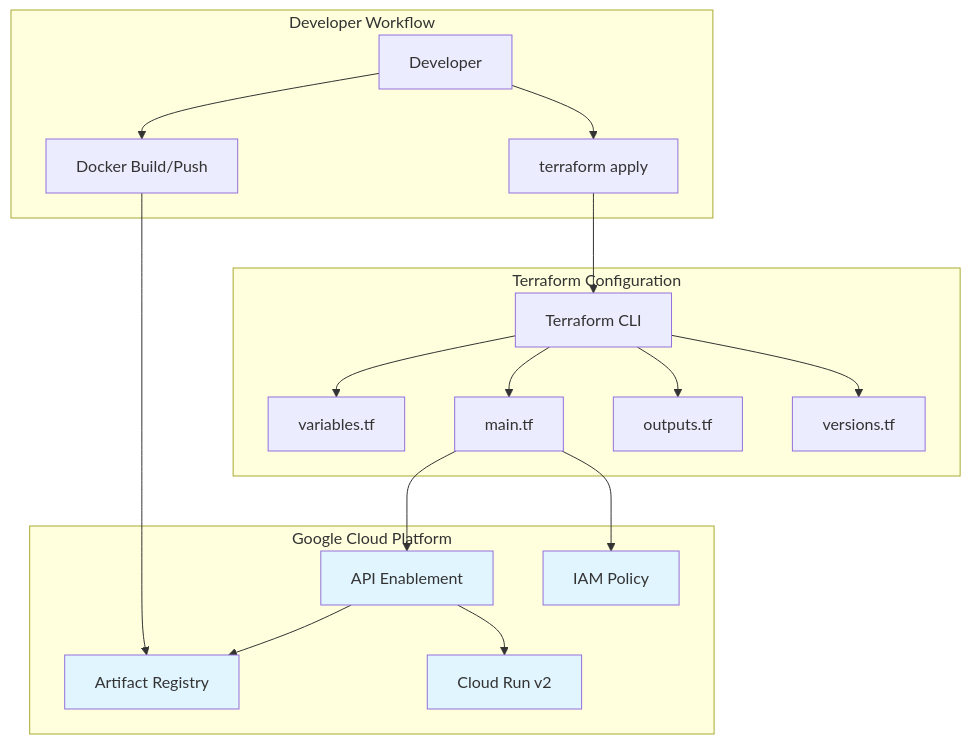
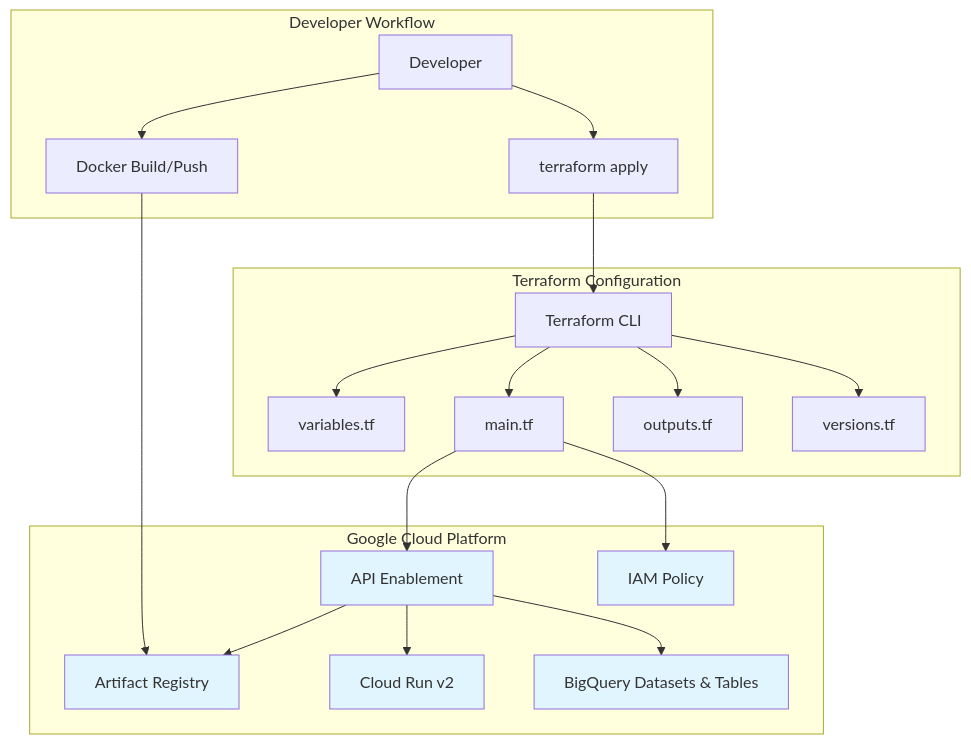
The first of 4 diagrams in .kiro/specs/terraform-gcp-infrastructure/design.md (42Prague/digiEduHack_hackathon), drawn with Mermaid before and after one commit. The commit also changed other lines of this file and 8 other files, not shown here.

````diff
--- a/.kiro/specs/terraform-gcp-infrastructure/design.md
+++ b/.kiro/specs/terraform-gcp-infrastructure/design.md
@@ -17,43 +21,46 @@
 ```mermaid
 graph TB
     subgraph "Terraform Configuration"
         TF[Terraform CLI]
         Vars[variables.tf]
         Main[main.tf]
         Outputs[outputs.tf]
         Versions[versions.tf]
     end
     
     subgraph "Google Cloud Platform"
         APIs[API Enablement]
         AR[Artifact Registry]
         CR[Cloud Run v2]
         IAM[IAM Policy]
+        BQ[BigQuery Datasets & Tables]
     end
     
     subgraph "Developer Workflow"
         Dev[Developer]
         Docker[Docker Build/Push]
         TFApply[terraform apply]
     end
     
     TF --> Vars
     TF --> Main
     TF --> Outputs
     TF --> Versions
     
     Main --> APIs
     APIs --> AR
     APIs --> CR
+    APIs --> BQ
     Main --> IAM
     
     Dev --> Docker
     Docker --> AR
     Dev --> TFApply
     TFApply --> TF
     
     style APIs fill:#e1f5ff
     style AR fill:#e1f5ff
     style CR fill:#e1f5ff
     style IAM fill:#e1f5ff
+    style BQ fill:#e1f5ff
 ```
````
